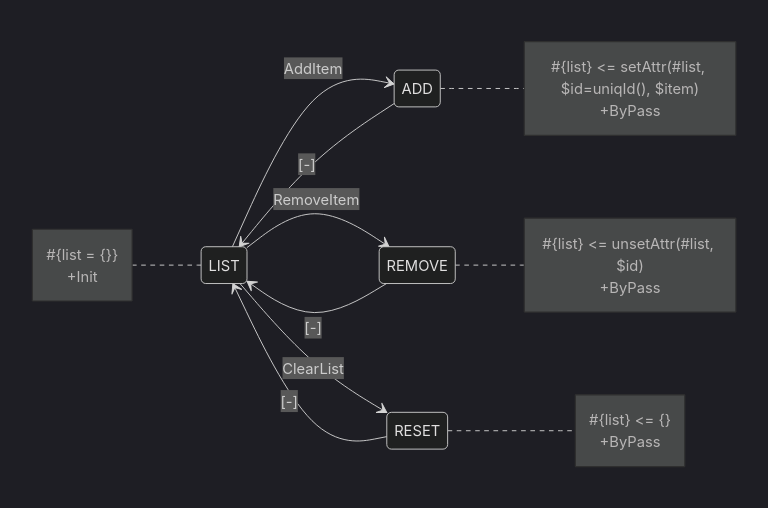
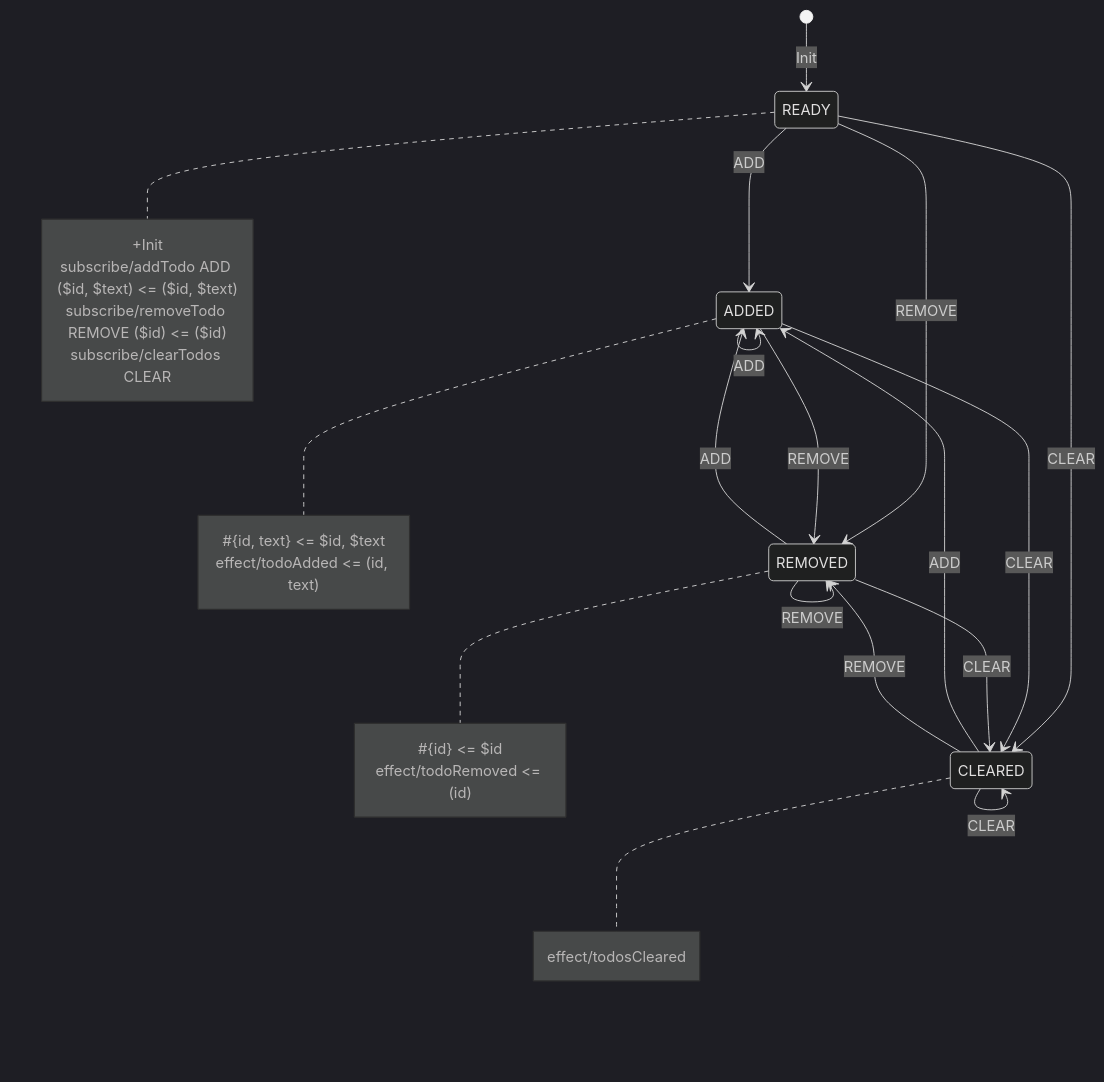
The diagram in docs/examples/1000_todo.md (tfcp68/yantrix), drawn with Mermaid (dark theme) before and after one commit. The commit also changed other lines of this file and 24 other files, not shown here.

````diff
--- a/docs/examples/1000_todo.md
+++ b/docs/examples/1000_todo.md
@@ -17,26 +33,38 @@
 ```mermaid
 stateDiagram-v2
-direction LR
-LIST --> ADD: AddItem
-LIST --> REMOVE: RemoveItem
-REMOVE --> LIST: [-]
-ADD --> LIST: [-]
-LIST-->RESET: ClearList
-RESET --> LIST: [-]
-note right of ADD
-#{list} <= setAttr(#list, $id=uniqId(), $item)
-+ByPass
-end note
-note left of LIST
-#{list = {}}
-+Init
-end note
-note right of REMOVE
-#{list} <= unsetAttr(#list, $id)
-+ByPass
-end note
-note right of RESET
-#{list} <= {}
-+ByPass
-end note
+  [*] --> READY: Init
+
+  READY --> ADDED: ADD
+  READY --> REMOVED: REMOVE
+  READY --> CLEARED: CLEAR
+  ADDED --> ADDED: ADD
+  ADDED --> REMOVED: REMOVE
+  ADDED --> CLEARED: CLEAR
+  REMOVED --> ADDED: ADD
+  REMOVED --> REMOVED: REMOVE
+  REMOVED --> CLEARED: CLEAR
+  CLEARED --> ADDED: ADD
+  CLEARED --> REMOVED: REMOVE
+  CLEARED --> CLEARED: CLEAR
+
+  note right of READY
+    +Init
+    subscribe/addTodo ADD ($id, $text) <= ($id, $text)
+    subscribe/removeTodo REMOVE ($id) <= ($id)
+    subscribe/clearTodos CLEAR
+  end note
+
+  note right of ADDED
+    #{id, text} <= $id, $text
+    effect/todoAdded <= (id, text)
+  end note
+
+  note right of REMOVED
+    #{id} <= $id
+    effect/todoRemoved <= (id)
+  end note
+
+  note right of CLEARED
+    effect/todosCleared
+  end note
 ```
````
